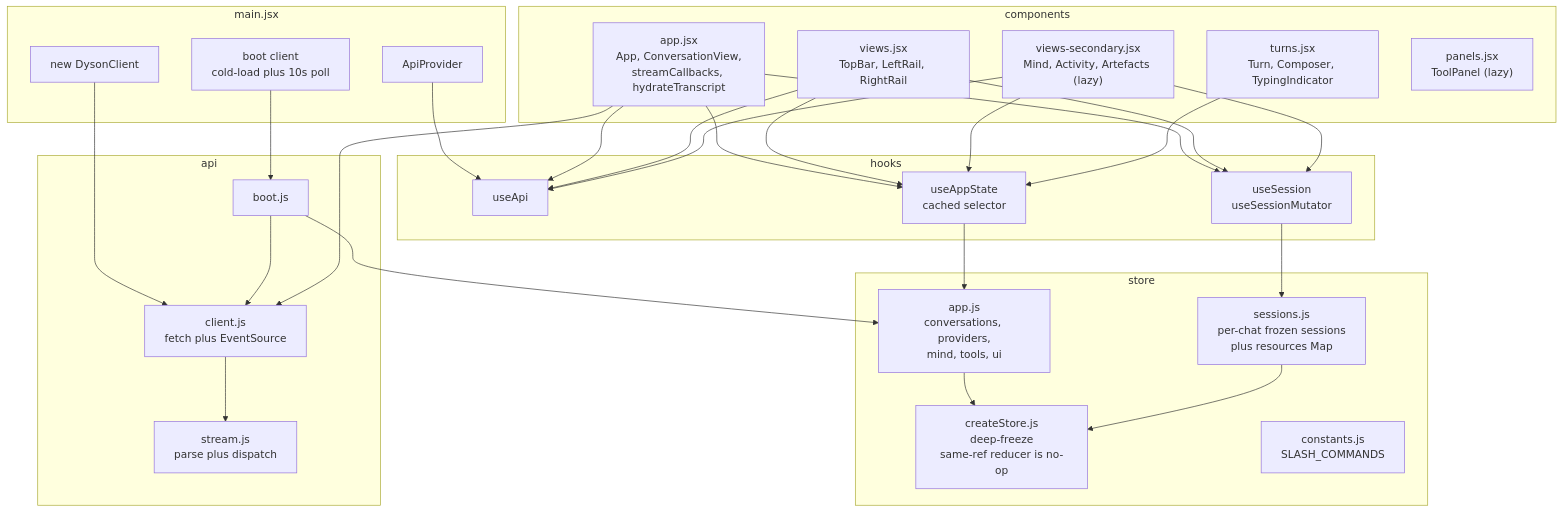
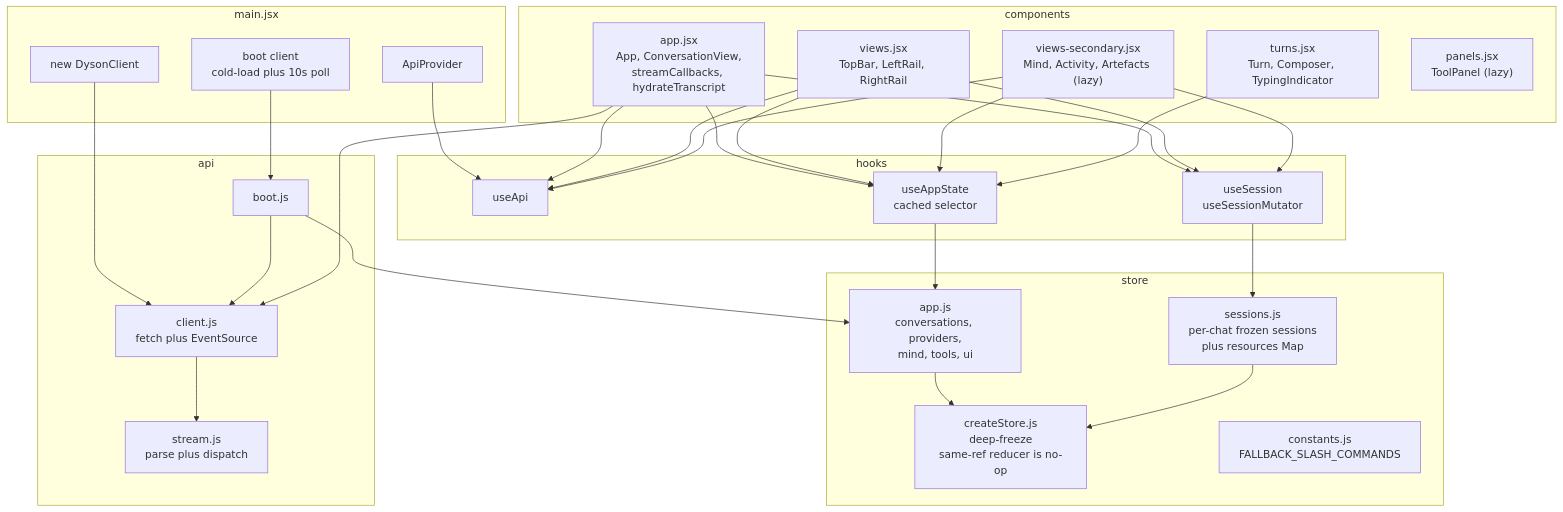
The fourth of 6 diagrams in docs/web.md (JonCooperWorks/dyson), drawn with Mermaid before and after one commit. The commit also changed other lines of this file and 270 other files, not shown here.

````diff
--- a/docs/web.md
+++ b/docs/web.md
@@ -707,61 +707,61 @@
 ```mermaid
 flowchart TB
   subgraph entry[main.jsx]
     cli["new DysonClient"]
     bt["boot client<br>cold-load plus 10s poll"]
     prov[ApiProvider]
   end
 
   subgraph api[api]
     client["client.js<br>fetch plus EventSource"]
     stream["stream.js<br>parse plus dispatch"]
     boot[boot.js]
   end
 
   subgraph store[store]
     cs["createStore.js<br>deep-freeze<br>same-ref reducer is no-op"]
     app["app.js<br>conversations, providers,<br>mind, tools, ui"]
     sess["sessions.js<br>per-chat frozen sessions<br>plus resources Map"]
-    cnst["constants.js<br>SLASH_COMMANDS"]
+    cnst["constants.js<br>FALLBACK_SLASH_COMMANDS"]
   end
 
   subgraph hooks[hooks]
     uApi[useApi]
     uApp["useAppState<br>cached selector"]
     uSess["useSession<br>useSessionMutator"]
   end
 
   subgraph comp[components]
     App["app.jsx<br>App, ConversationView,<br>streamCallbacks, hydrateTranscript"]
     Views["views.jsx<br>TopBar, LeftRail, RightRail"]
     Vsec["views-secondary.jsx<br>Mind, Activity, Artefacts (lazy)"]
     Turns["turns.jsx<br>Turn, Composer, TypingIndicator"]
     Panels["panels.jsx<br>ToolPanel (lazy)"]
   end
 
   cli --> client
   bt --> boot
   boot --> client
   boot --> app
   prov --> uApi
 
   client --> stream
 
   app --> cs
   sess --> cs
 
   uApp --> app
   uSess --> sess
 
   App --> uApi
   App --> uApp
   App --> uSess
   App --> client
   Views --> uApi
   Views --> uApp
   Views --> uSess
   Vsec --> uApi
   Vsec --> uApp
   Vsec --> uSess
   Turns --> uApp
 ```
````
